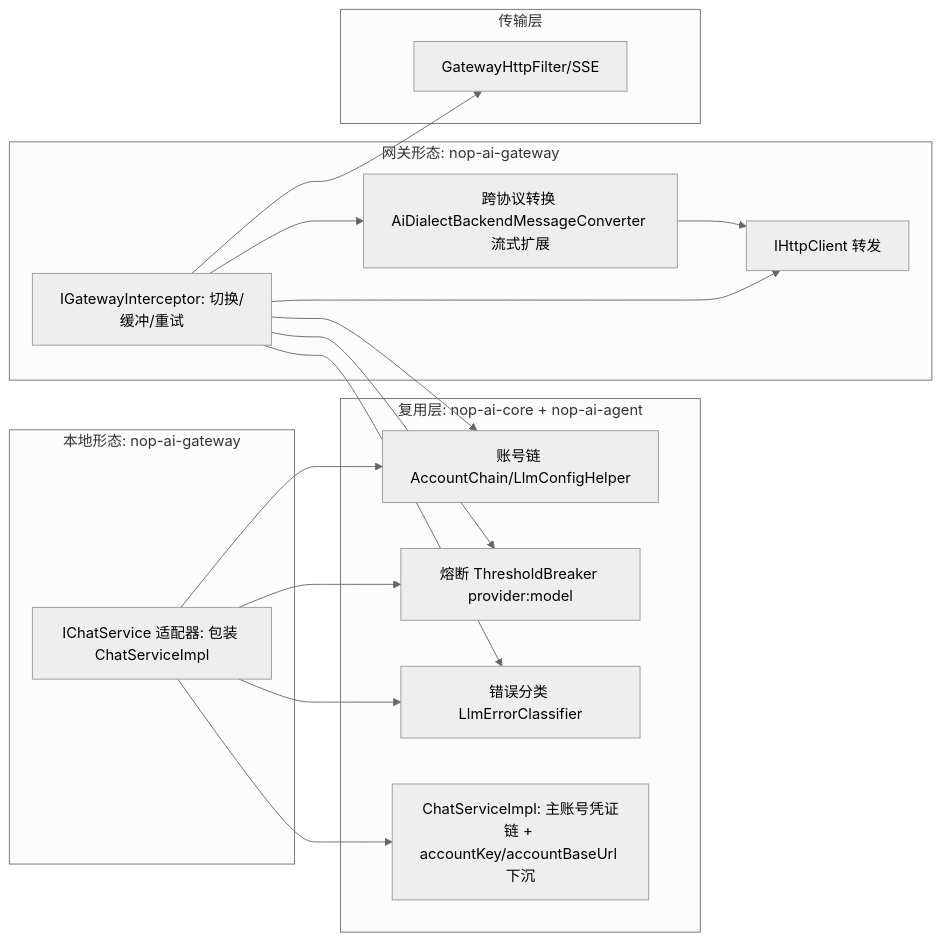
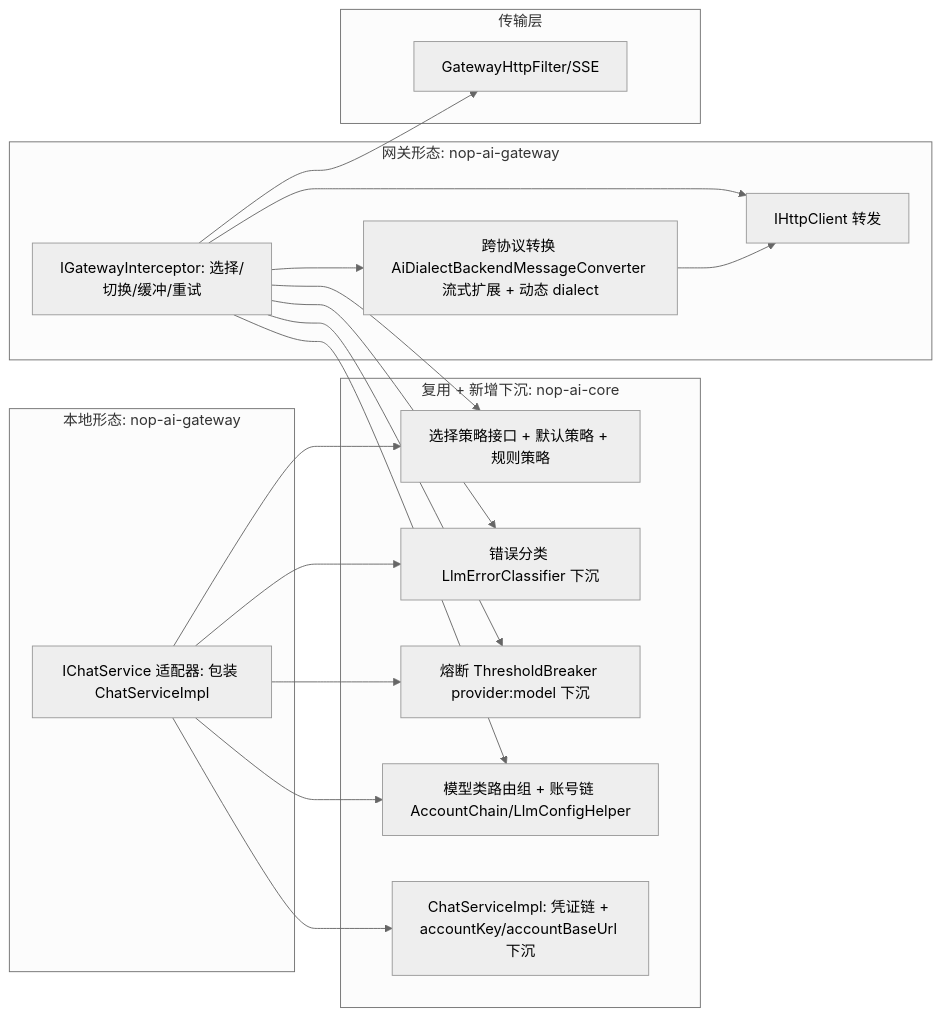
The diagram in ai-dev/design/nop-ai-gateway/02-account-failover-requirement.md (entropy-cloud/nop-entropy), drawn with Mermaid (neutral theme) before and after one commit. The commit also changed other lines of this file and 1 other file, not shown here.

First line of the commit message:
docs(ai-gateway): failover 需求规格 R7/R8 复审修订落档（模型类路由组 + 动态选择策略 + LLM 可靠性子集下沉）

````diff
--- a/ai-dev/design/nop-ai-gateway/02-account-failover-requirement.md
+++ b/ai-dev/design/nop-ai-gateway/02-account-failover-requirement.md
@@ -160,31 +192,34 @@
 ```mermaid
 flowchart LR
-    subgraph reuse[复用层: nop-ai-core + nop-ai-agent]
-        AC[账号链 AccountChain/LlmConfigHelper]
-        CB[熔断 ThresholdBreaker provider:model]
-        EC[错误分类 LlmErrorClassifier]
-        CS[ChatServiceImpl: 主账号凭证链 + accountKey/accountBaseUrl 下沉]
+    subgraph reuse[复用 + 新增下沉: nop-ai-core]
+        AC[模型类路由组 + 账号链 AccountChain/LlmConfigHelper]
+        CB[熔断 ThresholdBreaker provider:model 下沉]
+        EC[错误分类 LlmErrorClassifier 下沉]
+        CS[ChatServiceImpl: 凭证链 + accountKey/accountBaseUrl 下沉]
+        RS[选择策略接口 + 默认策略 + 规则策略]
     end
     subgraph gw[网关形态: nop-ai-gateway]
-        GI[IGatewayInterceptor: 切换/缓冲/重试]
-        CC[跨协议转换 AiDialectBackendMessageConverter 流式扩展]
+        GI[IGatewayInterceptor: 选择/切换/缓冲/重试]
+        CC[跨协议转换 AiDialectBackendMessageConverter 流式扩展 + 动态 dialect]
         HTTP[IHttpClient 转发]
     end
     subgraph local[本地形态: nop-ai-gateway]
         LA[IChatService 适配器: 包装 ChatServiceImpl]
     end
     subgraph transport[传输层]
         GW[GatewayHttpFilter/SSE]
     end
     GI --> AC
     GI --> CB
     GI --> EC
+    GI --> RS
     LA --> CS
     LA --> AC
     LA --> CB
     LA --> EC
+    LA --> RS
     GI --> CC
     CC --> HTTP
     GI --> HTTP
     GI --> GW
 ```
````
